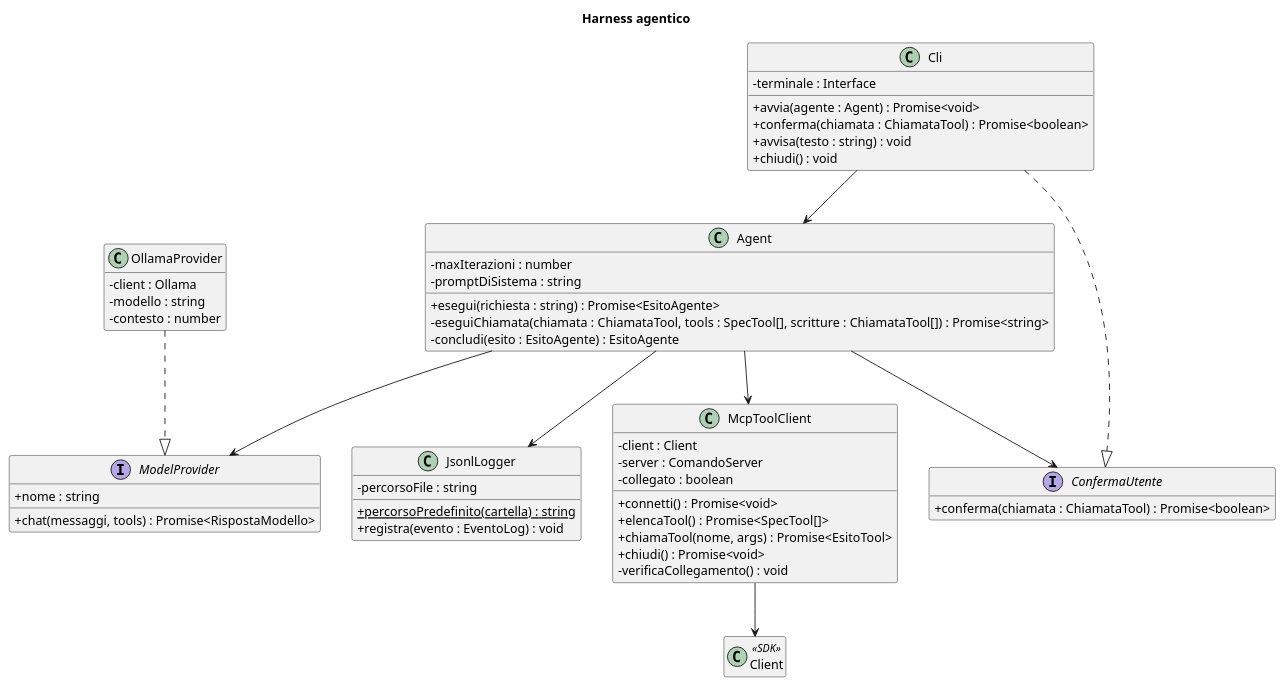
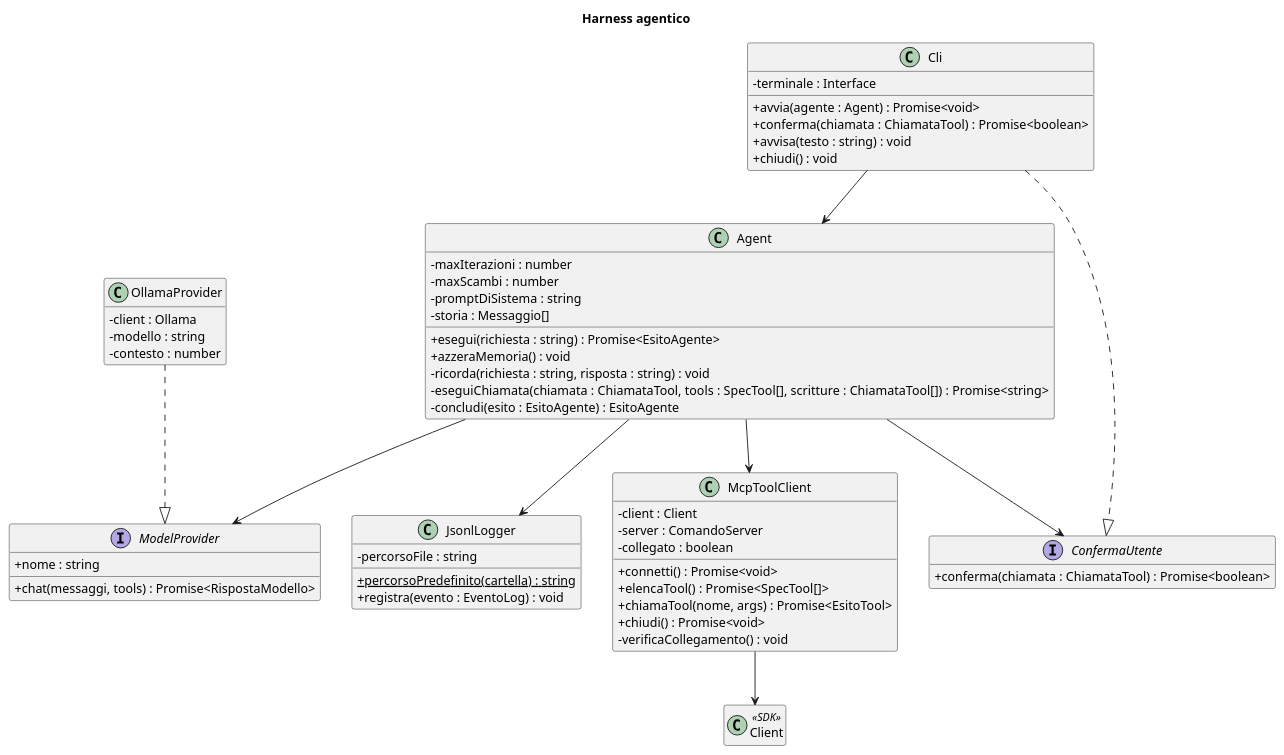
The diagram in docs/diagrammi/classi-harness.puml (LeoDS99/pw26-agente-recall), drawn with PlantUML before and after one commit. The commit also changed 6 other files, not shown here.

```diff
--- a/docs/diagrammi/classi-harness.puml
+++ b/docs/diagrammi/classi-harness.puml
@@ -1,64 +1,68 @@
 @startuml classi-harness
 skinparam classAttributeIconSize 0
 hide empty members
 title Harness agentico
 
 class Client <<SDK>>
 
 class Cli {
   - terminale : Interface
   + avvia(agente : Agent) : Promise<void>
   + conferma(chiamata : ChiamataTool) : Promise<boolean>
   + avvisa(testo : string) : void
   + chiudi() : void
 }
 
 class Agent {
   - maxIterazioni : number
+  - maxScambi : number
   - promptDiSistema : string
+  - storia : Messaggio[]
   + esegui(richiesta : string) : Promise<EsitoAgente>
+  + azzeraMemoria() : void
+  - ricorda(richiesta : string, risposta : string) : void
   - eseguiChiamata(chiamata : ChiamataTool, tools : SpecTool[], scritture : ChiamataTool[]) : Promise<string>
   - concludi(esito : EsitoAgente) : EsitoAgente
 }
 
 interface ModelProvider {
   + nome : string
   + chat(messaggi, tools) : Promise<RispostaModello>
 }
 
 class OllamaProvider {
   - client : Ollama
   - modello : string
   - contesto : number
 }
 
 interface ConfermaUtente {
   + conferma(chiamata : ChiamataTool) : Promise<boolean>
 }
 
 class McpToolClient {
   - client : Client
   - server : ComandoServer
   - collegato : boolean
   + connetti() : Promise<void>
   + elencaTool() : Promise<SpecTool[]>
   + chiamaTool(nome, args) : Promise<EsitoTool>
   + chiudi() : Promise<void>
   - verificaCollegamento() : void
 }
 
 class JsonlLogger {
   - percorsoFile : string
   + {static} percorsoPredefinito(cartella) : string
   + registra(evento : EventoLog) : void
 }
 
 Cli --> Agent
 Cli ..|> ConfermaUtente
 Agent --> ModelProvider
 Agent --> McpToolClient
 Agent --> ConfermaUtente
 Agent --> JsonlLogger
 OllamaProvider ..|> ModelProvider
 McpToolClient --> Client
 @enduml
```
